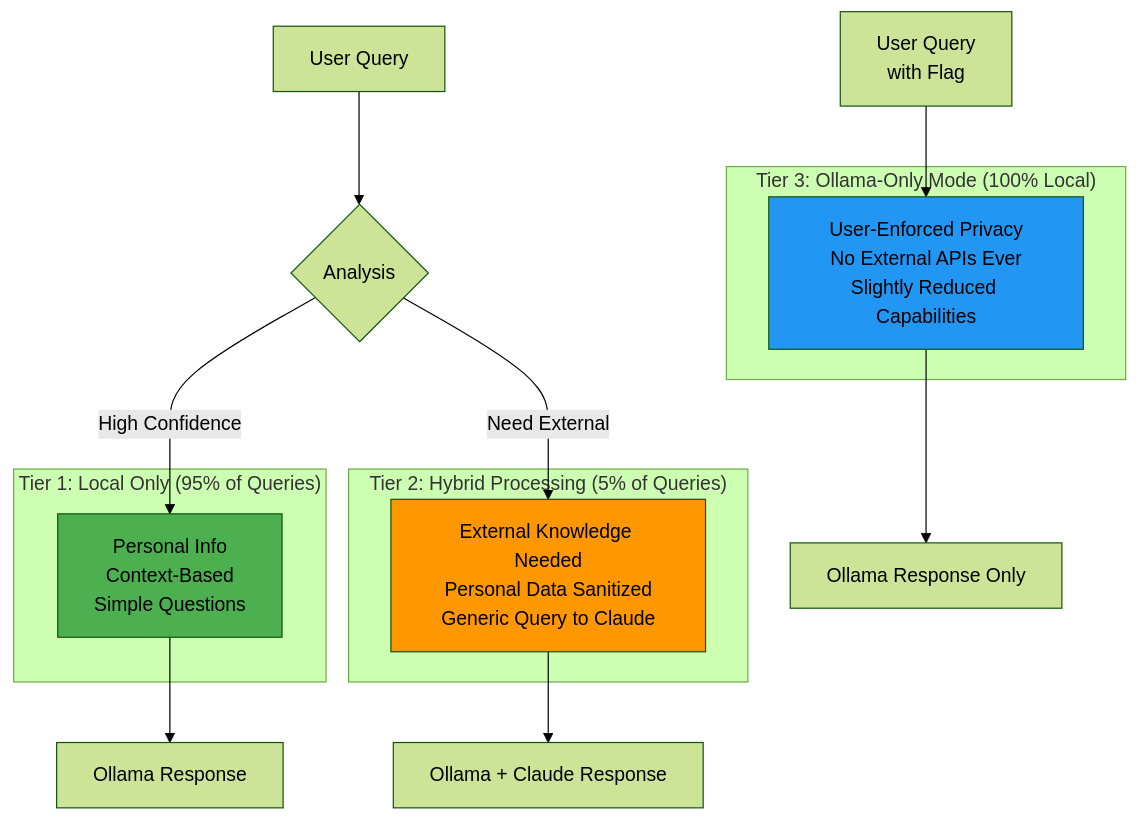
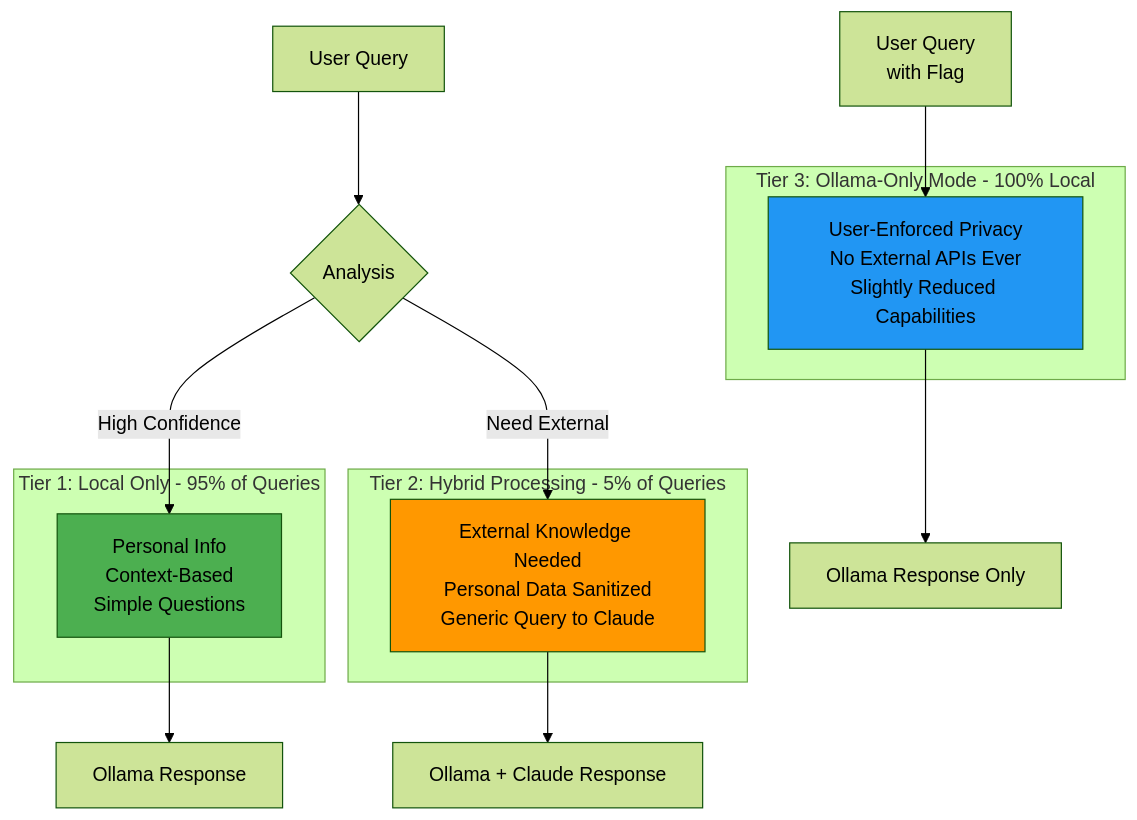
The fifth of 16 diagrams in ARCHITECTURE.md (cconstab/personalagent), drawn with Mermaid (forest theme) before and after one commit. The commit also changed other lines of this file, not shown here.

Commit message:
fix: another mermaid catches

````diff
--- a/ARCHITECTURE.md
+++ b/ARCHITECTURE.md
@@ -229,27 +229,27 @@
 ```mermaid
-graph TD
-    subgraph "Tier 1: Local Only (95% of Queries)"
-        T1[Personal Info<br/>Context-Based<br/>Simple Questions]
+flowchart TD
+    subgraph Tier1["Tier 1: Local Only - 95% of Queries"]
+        T1["Personal Info<br/>Context-Based<br/>Simple Questions"]
     end
     
-    subgraph "Tier 2: Hybrid Processing (5% of Queries)"
-        T2[External Knowledge Needed<br/>Personal Data Sanitized<br/>Generic Query to Claude]
+    subgraph Tier2["Tier 2: Hybrid Processing - 5% of Queries"]
+        T2["External Knowledge Needed<br/>Personal Data Sanitized<br/>Generic Query to Claude"]
     end
     
-    subgraph "Tier 3: Ollama-Only Mode (100% Local)"
-        T3[User-Enforced Privacy<br/>No External APIs Ever<br/>Slightly Reduced Capabilities]
+    subgraph Tier3["Tier 3: Ollama-Only Mode - 100% Local"]
+        T3["User-Enforced Privacy<br/>No External APIs Ever<br/>Slightly Reduced Capabilities"]
     end
     
     Q[User Query] --> D{Analysis}
     D -->|High Confidence| T1
     D -->|Need External| T2
-    Q2[User Query<br/>with Flag] --> T3
+    Q2["User Query<br/>with Flag"] --> T3
     
     T1 --> R1[Ollama Response]
     T2 --> R2[Ollama + Claude Response]
     T3 --> R3[Ollama Response Only]
     
     style T1 fill:#4CAF50
     style T2 fill:#FF9800
     style T3 fill:#2196F3
 ```
````
